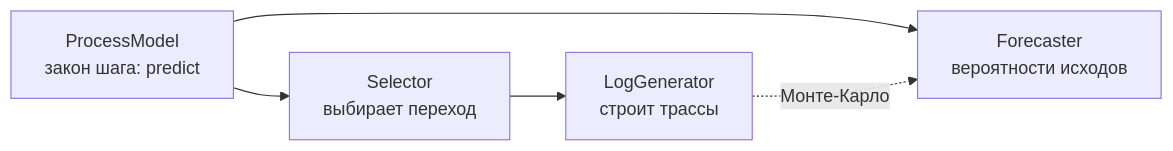
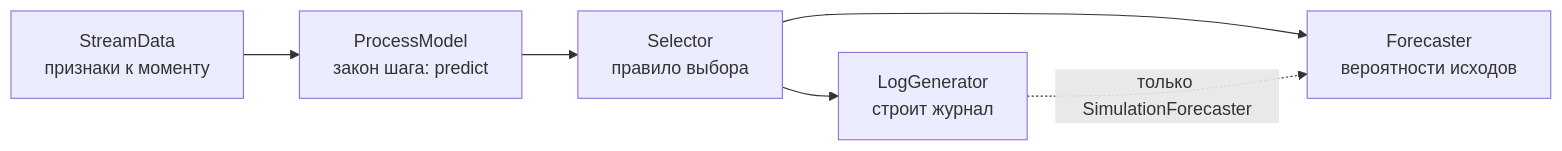
Before and after one commit to iuliivasilev/SurvivalProcessMining: the diagram in dima/docs/base_classes_survpm.md, drawn with Mermaid. The commit also changed other lines of this file and 29 other files, not shown here.

````diff
--- a/dima/docs/base_classes_survpm.md
+++ b/dima/docs/base_classes_survpm.md
@@ -5,10 +5,11 @@
 ```mermaid
 flowchart LR
+    SD["StreamData<br/>признаки к моменту"]
     PM["ProcessModel<br/>закон шага: predict"]
-    SEL["Selector<br/>выбирает переход"]
-    LG["LogGenerator<br/>строит трассы"]
+    SEL["Selector<br/>правило выбора"]
+    LG["LogGenerator<br/>строит журнал"]
     FC["Forecaster<br/>вероятности исходов"]
-    PM --> SEL --> LG
-    PM --> FC
-    LG -. "Монте-Карло" .-> FC
+    SD --> PM --> SEL --> LG
+    SEL --> FC
+    LG -. "только SimulationForecaster" .-> FC
 ```
````
